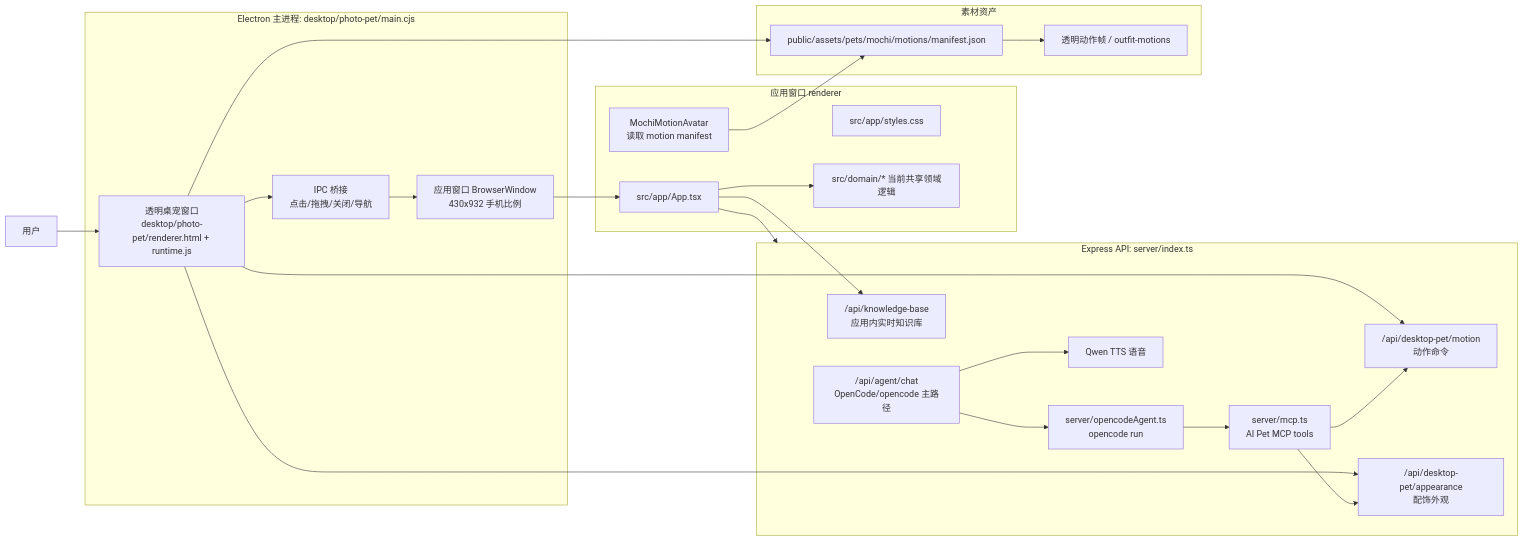
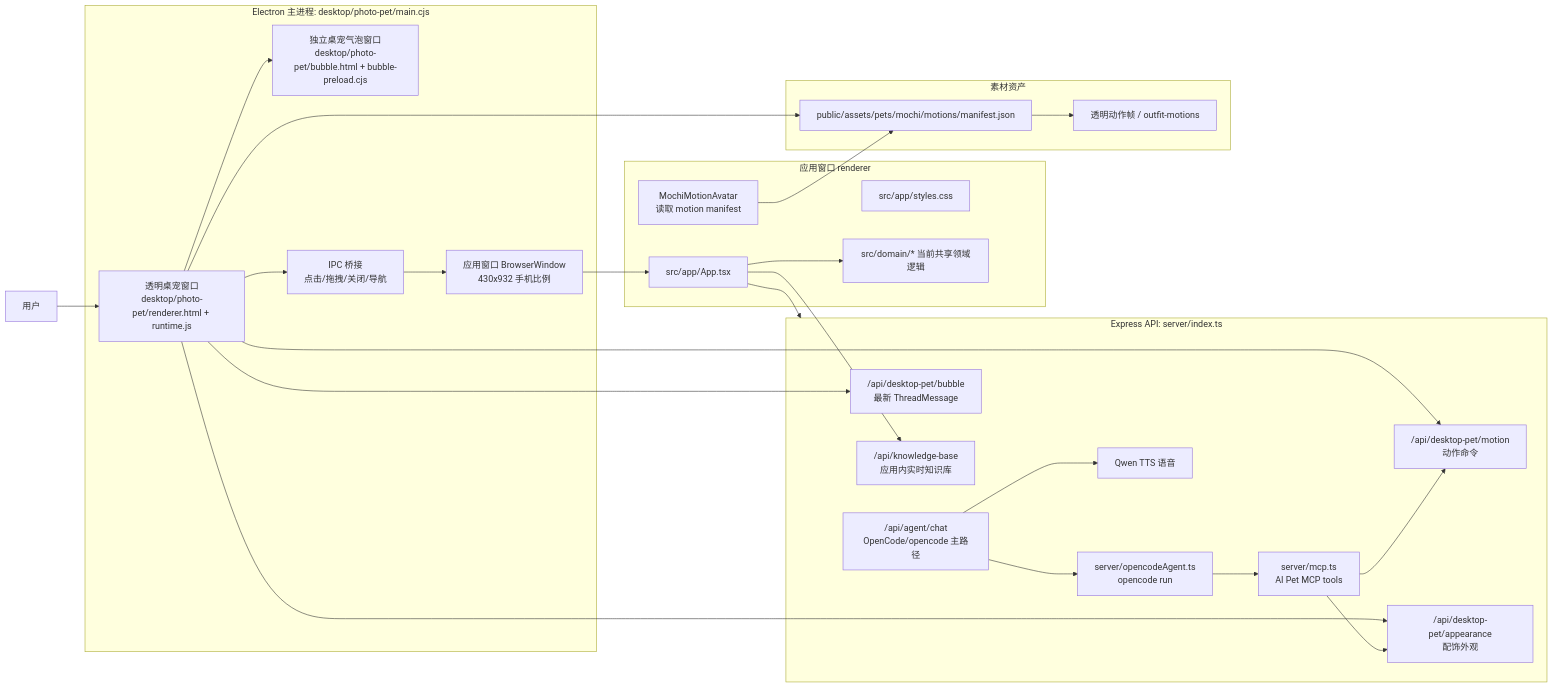
One commit to rc314159-creator/ai_pet_nono changed the diagram in ai-pet/docs/architecture/current-system-architecture-2026-05-30.md. Above: the diagram before and after it, drawn with Mermaid. The commit also changed other lines of this file and 52 other files, not shown here.

Commit message:
Fix AI pet agent runtime and desktop bubble delivery

````diff
--- a/ai-pet/docs/architecture/current-system-architecture-2026-05-30.md
+++ b/ai-pet/docs/architecture/current-system-architecture-2026-05-30.md
@@ -47,50 +48,54 @@
 ```mermaid
 flowchart LR
   User["用户"]
 
   subgraph ElectronMain["Electron 主进程: desktop/photo-pet/main.cjs"]
     PetWindow["透明桌宠窗口<br/>desktop/photo-pet/renderer.html + runtime.js"]
+    BubbleWindow["独立桌宠气泡窗口<br/>desktop/photo-pet/bubble.html + bubble-preload.cjs"]
     AppWindow["应用窗口 BrowserWindow<br/>430x932 手机比例"]
     IPC["IPC 桥接<br/>点击/拖拽/关闭/导航"]
   end
 
   subgraph Renderer["应用窗口 renderer"]
     ReactApp["src/app/App.tsx"]
     Styles["src/app/styles.css"]
     DomainClient["src/domain/* 当前共享领域逻辑"]
     MotionAvatar["MochiMotionAvatar<br/>读取 motion manifest"]
   end
 
   subgraph API["Express API: server/index.ts"]
     AgentAPI["/api/agent/chat<br/>OpenCode/opencode 主路径"]
     OpenCode["server/opencodeAgent.ts<br/>opencode run"]
     MCP["server/mcp.ts<br/>AI Pet MCP tools"]
     MotionAPI["/api/desktop-pet/motion<br/>动作命令"]
+    BubbleAPI["/api/desktop-pet/bubble<br/>最新 ThreadMessage"]
     AppearanceAPI["/api/desktop-pet/appearance<br/>配饰外观"]
     KnowledgeAPI["/api/knowledge-base<br/>应用内实时知识库"]
     VoiceAPI["Qwen TTS 语音"]
   end
 
   subgraph Assets["素材资产"]
     Manifest["public/assets/pets/mochi/motions/manifest.json"]
     Frames["透明动作帧 / outfit-motions"]
   end
 
   User --> PetWindow
   PetWindow --> IPC
+  PetWindow --> BubbleWindow
   IPC --> AppWindow
   AppWindow --> ReactApp
   ReactApp --> DomainClient
   ReactApp --> API
   PetWindow --> MotionAPI
+  PetWindow --> BubbleAPI
   PetWindow --> AppearanceAPI
   ReactApp --> KnowledgeAPI
   MotionAvatar --> Manifest
   PetWindow --> Manifest
   Manifest --> Frames
   AgentAPI --> OpenCode
   OpenCode --> MCP
   MCP --> MotionAPI
   MCP --> AppearanceAPI
   AgentAPI --> VoiceAPI
 ```
````
